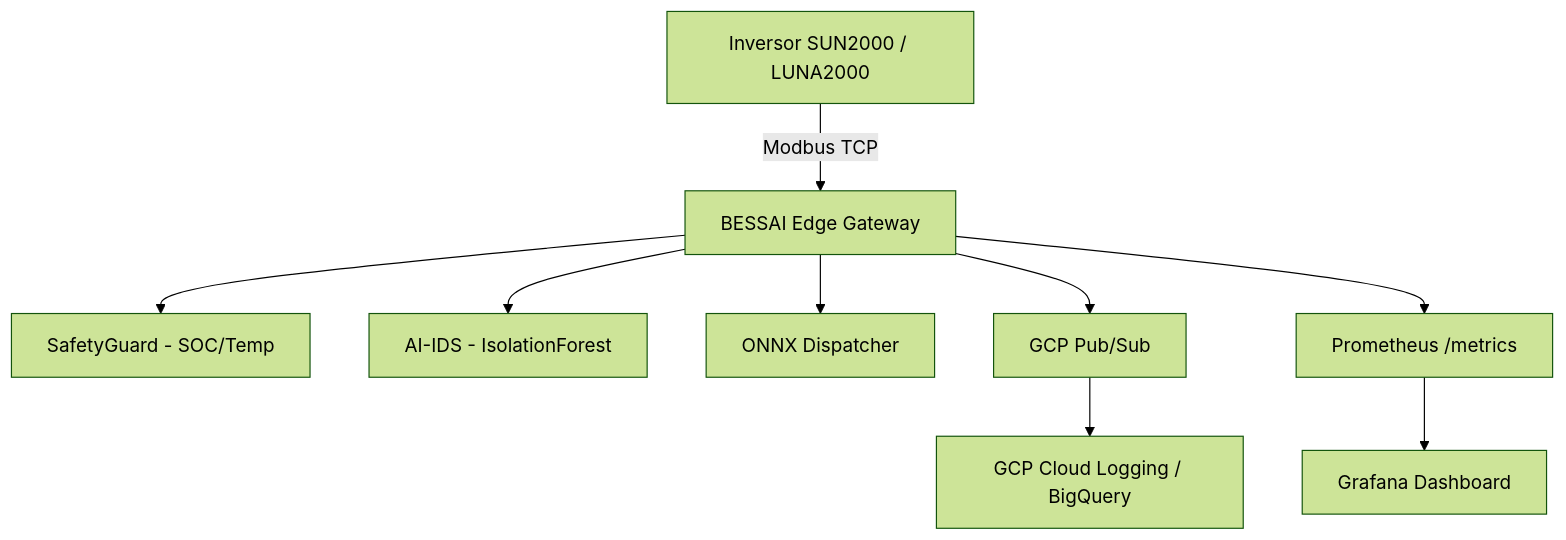
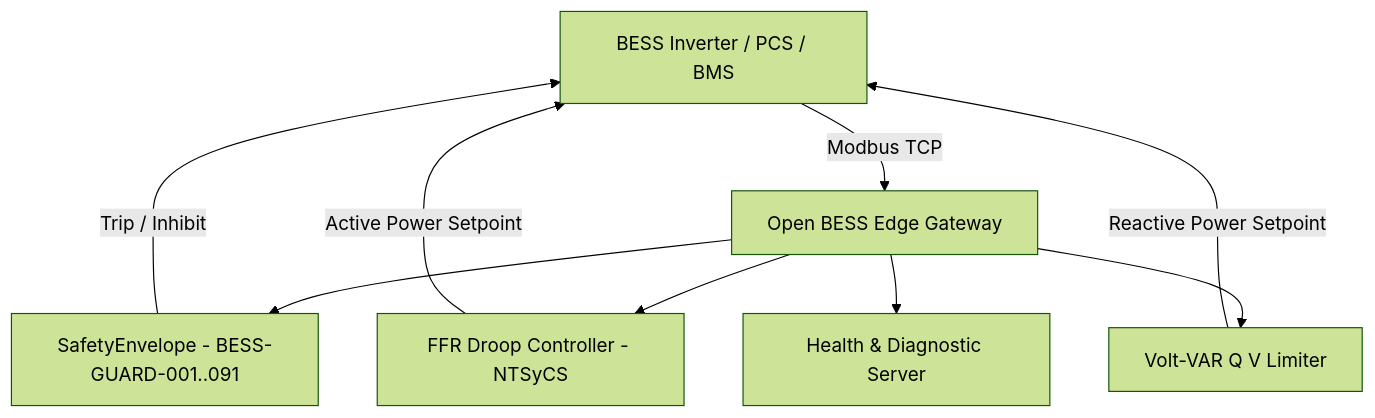
The diagram in docs/index.md (bess-solutions/open-bess-edge), drawn with Mermaid (forest theme) before and after one commit. The commit also changed other lines of this file and 17 other files, not shown here.

````diff
--- a/docs/index.md
+++ b/docs/index.md
@@ -25,11 +24,11 @@
 ```mermaid
 graph TD
-    A[Inversor SUN2000 / LUNA2000] -->|Modbus TCP| B[BESSAI Edge Gateway]
-    B --> C[SafetyGuard - SOC/Temp]
-    B --> D[AI-IDS - IsolationForest]
-    B --> E[ONNX Dispatcher]
-    B --> F[GCP Pub/Sub]
-    B --> G[Prometheus /metrics]
-    G --> H[Grafana Dashboard]
-    F --> I[GCP Cloud Logging / BigQuery]
+    A[BESS Inverter / PCS / BMS] -->|Modbus TCP| B[Open BESS Edge Gateway]
+    B --> C[SafetyEnvelope - BESS-GUARD-001..091]
+    B --> D[FFR Droop Controller - NTSyCS]
+    B --> E[Volt-VAR Q V Limiter]
+    B --> F[Health & Diagnostic Server]
+    C -->|Trip / Inhibit| A
+    D -->|Active Power Setpoint| A
+    E -->|Reactive Power Setpoint| A
 ```
````
